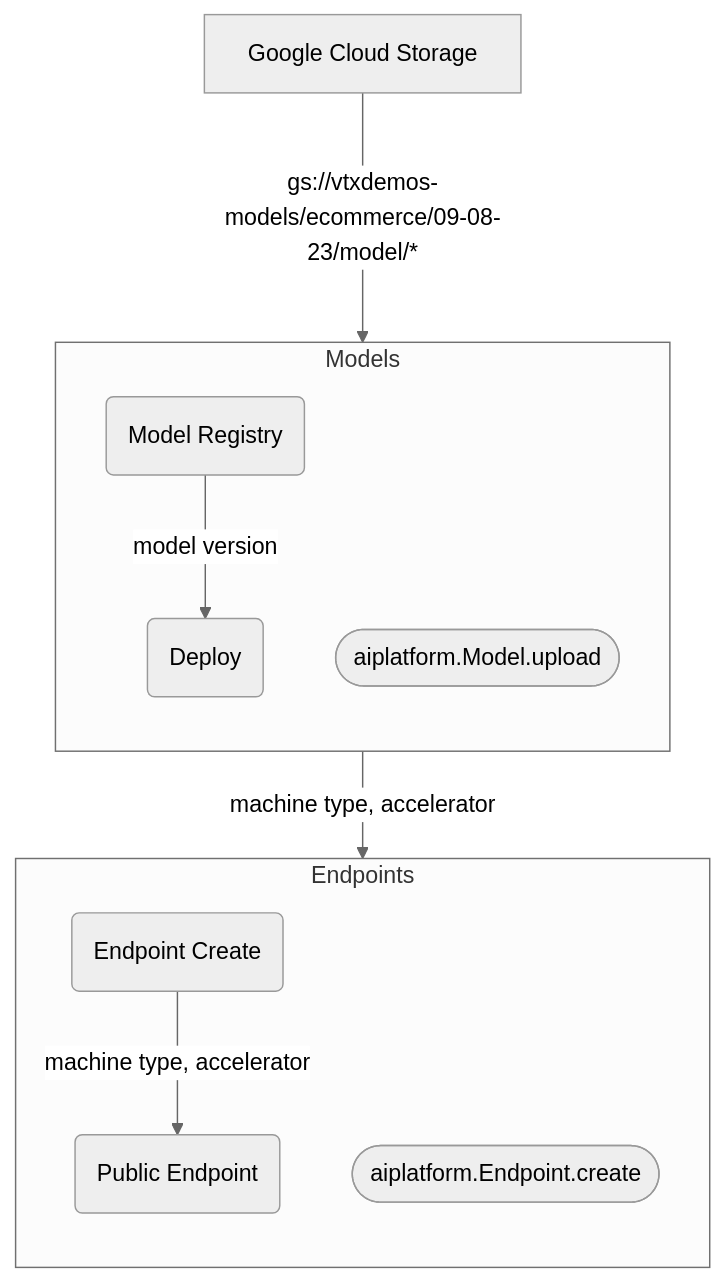
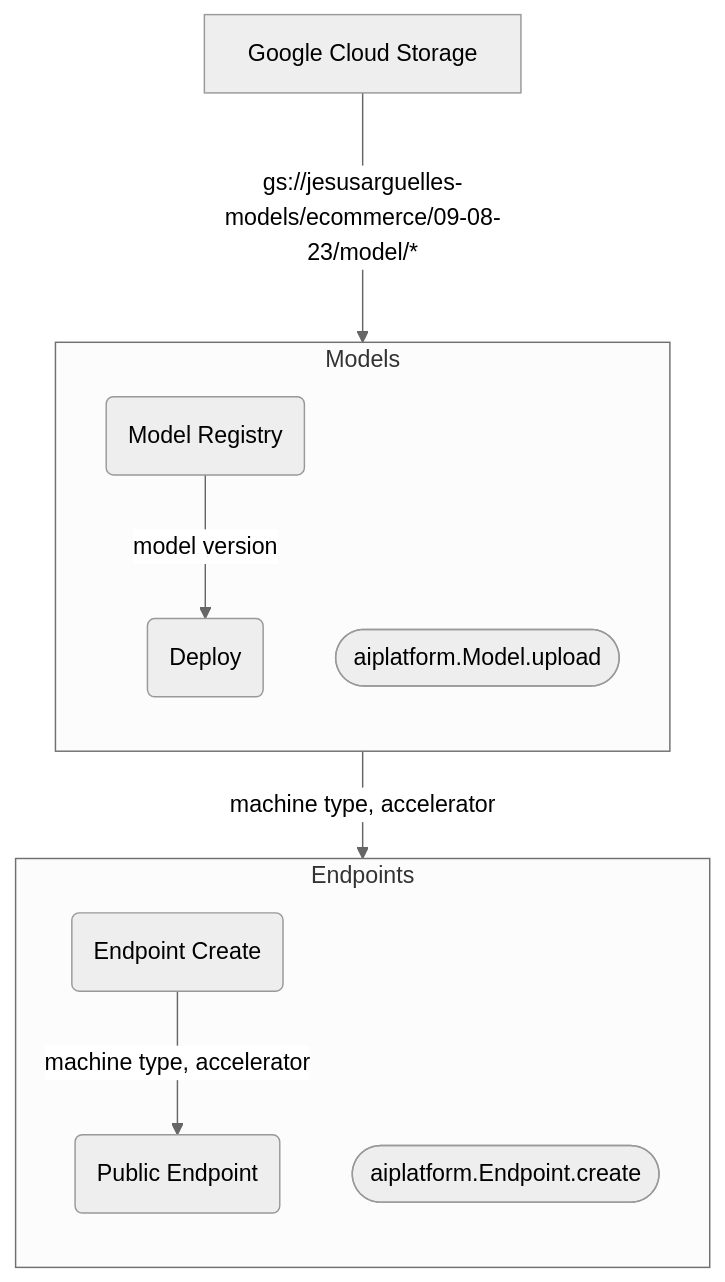
The second of 2 diagrams in ai-flex/tensorflow/tabular/README.md (jchavezar/vertex-ai-samples), drawn with Mermaid (neutral theme) before and after one commit. The commit also changed other lines of this file and 32 other files, not shown here.

````diff
--- a/ai-flex/tensorflow/tabular/README.md
+++ b/ai-flex/tensorflow/tabular/README.md
@@ -57,16 +68,16 @@
 ```mermaid
 graph TB
-        A[Google Cloud Storage] ---> |gs://vtxdemos-models/ecommerce/09-08-23/model/*| B(Model Registry)
+        A[Google Cloud Storage] ---> |gs://jesusarguelles-models/ecommerce/09-08-23/model/*| B(Model Registry)
     subgraph  Models
         direction TB
         B -- "model version" --> C(Deploy)
         id1([aiplatform.Model.upload])
     end
     subgraph "Endpoints"
         direction TB
         E(Endpoint Create)
         C --> |machine type, accelerator| D(Public Endpoint)
         E --> |machine type, accelerator| D(Public Endpoint)
         id2([aiplatform.Endpoint.create])
     end
 ```
````
